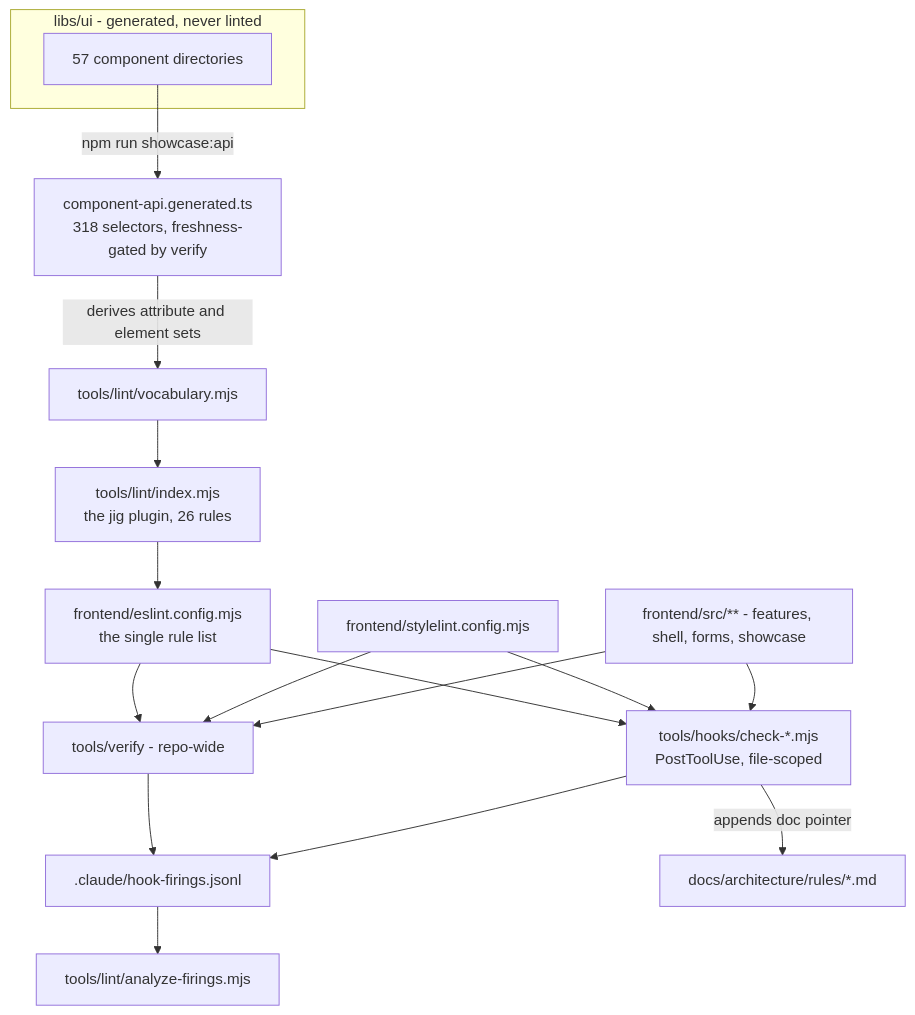
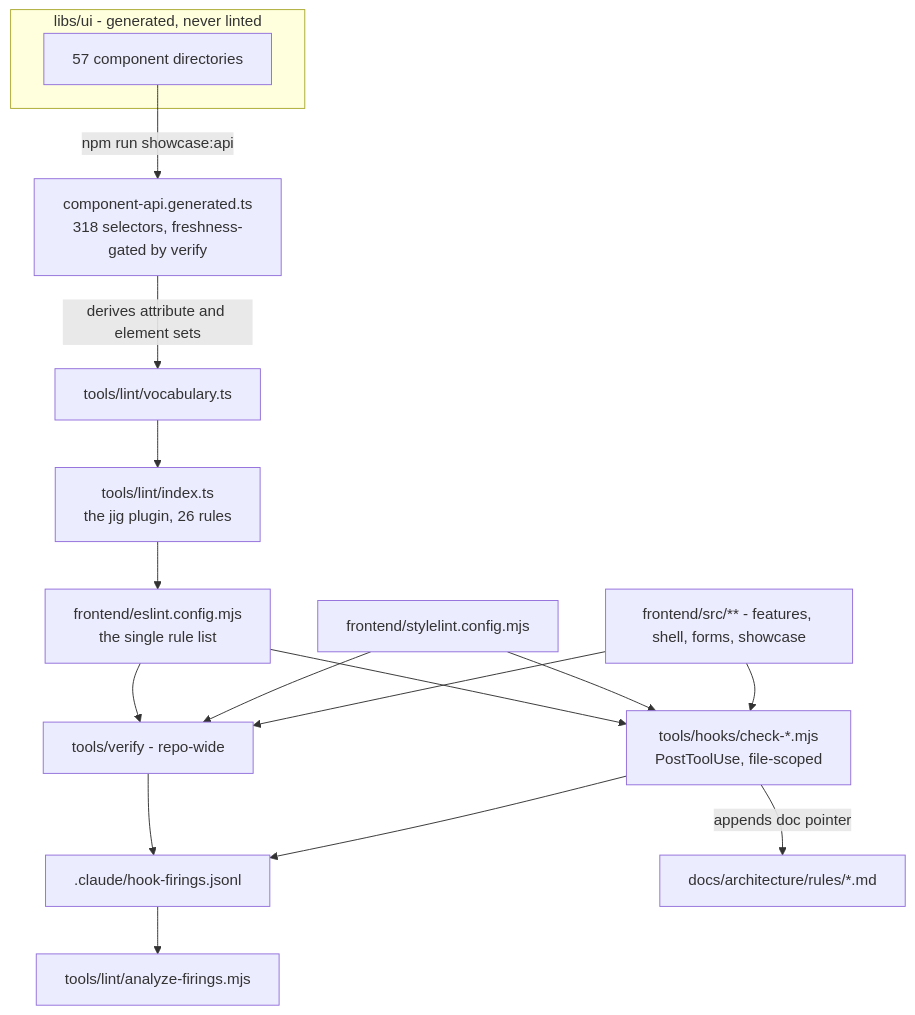
Before and after one commit to satish-krishna/jig: the diagram in docs/superpowers/specs/2026-09-06-frontend-enforcement-design.md, drawn with Mermaid. The commit also changed other lines of this file, not shown here.

````diff
--- a/docs/superpowers/specs/2026-09-06-frontend-enforcement-design.md
+++ b/docs/superpowers/specs/2026-09-06-frontend-enforcement-design.md
@@ -67,27 +79,27 @@
 ```mermaid
 flowchart TD
   subgraph generated["libs/ui - generated, never linted"]
     UI["57 component directories"]
   end
 
   UI -->|"npm run showcase:api"| GEN["component-api.generated.ts<br/>318 selectors, freshness-gated by verify"]
-  GEN -->|"derives attribute and element sets"| VOCAB["tools/lint/vocabulary.mjs"]
+  GEN -->|"derives attribute and element sets"| VOCAB["tools/lint/vocabulary.ts"]
 
-  VOCAB --> PLUGIN["tools/lint/index.mjs<br/>the jig plugin, 26 rules"]
+  VOCAB --> PLUGIN["tools/lint/index.ts<br/>the jig plugin, 26 rules"]
   PLUGIN --> CFG["frontend/eslint.config.mjs<br/>the single rule list"]
 
   CFG --> VERIFY["tools/verify - repo-wide"]
   CFG --> HOOK["tools/hooks/check-*.mjs<br/>PostToolUse, file-scoped"]
 
   SCFG["frontend/stylelint.config.mjs"] --> VERIFY
   SCFG --> HOOK
 
   VERIFY --> LOG[".claude/hook-firings.jsonl"]
   HOOK --> LOG
   LOG --> REPORT["tools/lint/analyze-firings.mjs"]
 
   HOOK -->|"appends doc pointer"| DOCS["docs/architecture/rules/*.md"]
 
   APP["frontend/src/** - features, shell, forms, showcase"] --> VERIFY
   APP --> HOOK
 ```
````
